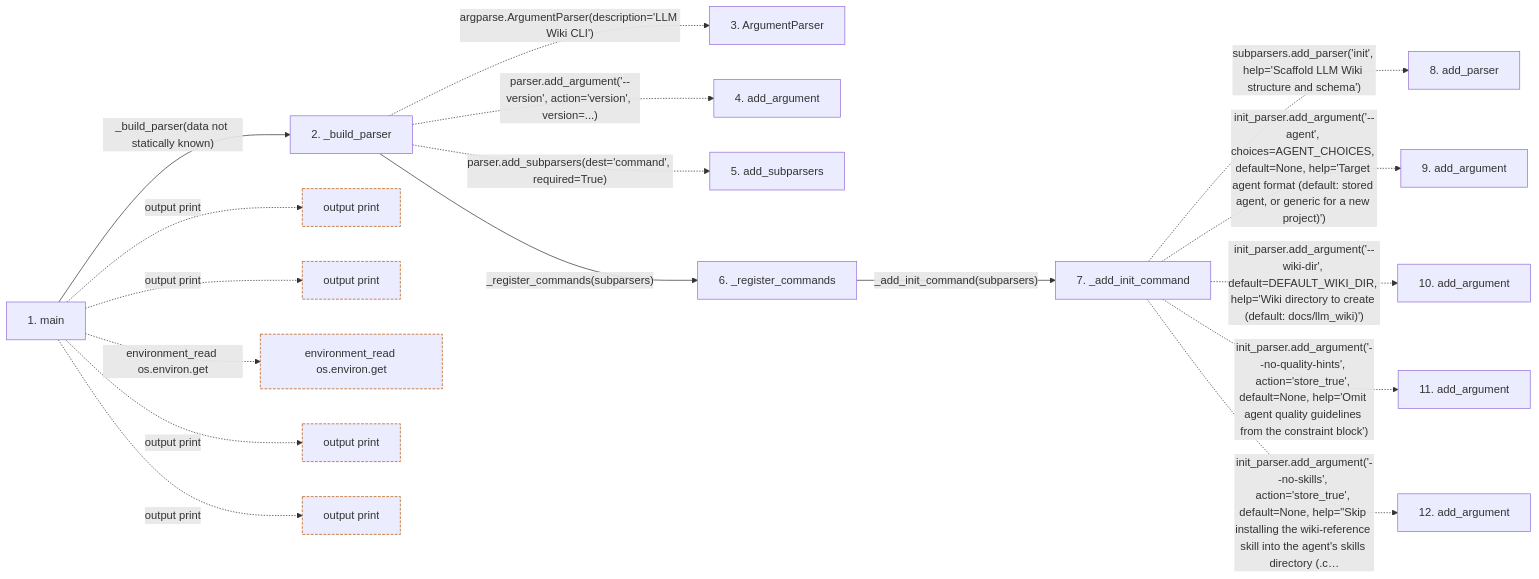
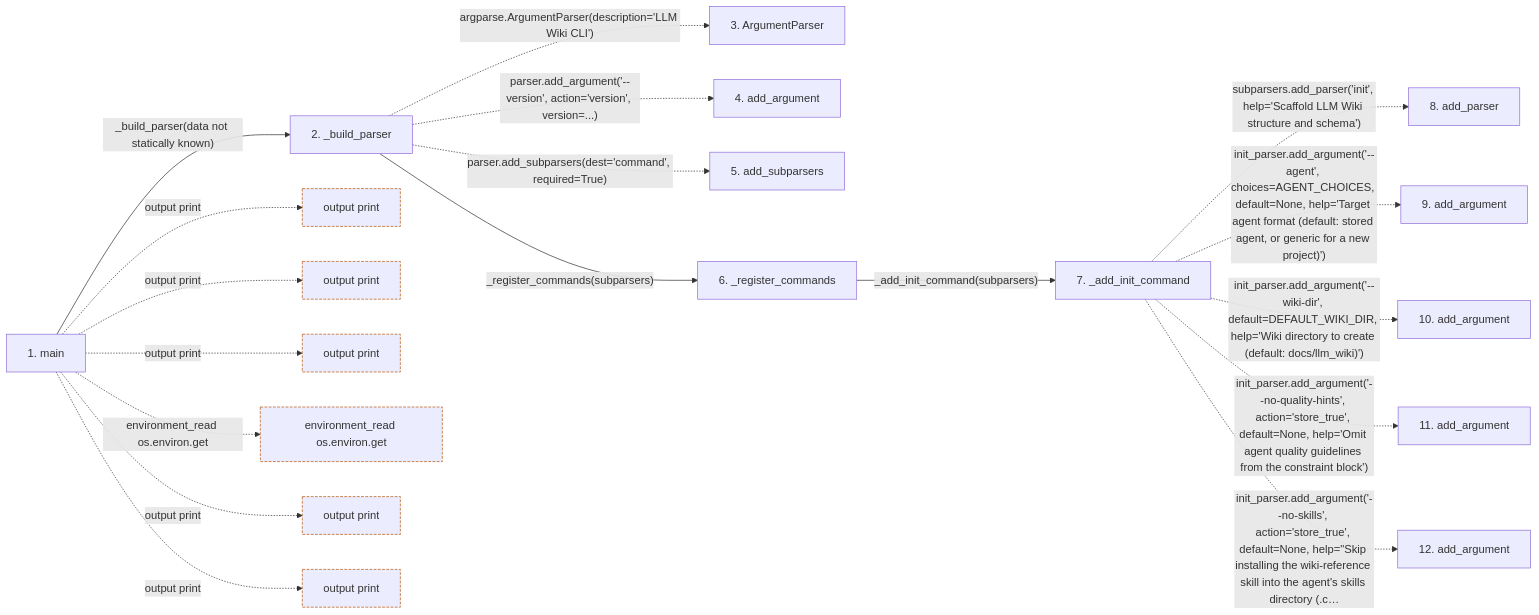
One commit to Denissvgn/python-wiki-llm changed the second of 2 diagrams in docs/llm_wiki/flows/process-llm-wiki.md. Above: the diagram before and after it, drawn with Mermaid. The commit also changed other lines of this file and 240 other files, not shown here.

````diff
--- a/docs/llm_wiki/flows/process-llm-wiki.md
+++ b/docs/llm_wiki/flows/process-llm-wiki.md
@@ -72,46 +74,49 @@
 ```mermaid
 flowchart LR
     s1["1. main"]
     s2["2. _build_parser"]
     s3["3. ArgumentParser"]
     s4["4. add_argument"]
     s5["5. add_subparsers"]
     s6["6. _register_commands"]
     s7["7. _add_init_command"]
     s8["8. add_parser"]
     s9["9. add_argument"]
     s10["10. add_argument"]
     s11["11. add_argument"]
     s12["12. add_argument"]
     s1 -->|"_build_parser(data not statically known)"| s2
     s2 -. "argparse.ArgumentParser(description='LLM Wiki CLI')" .-> s3
     s2 -. "parser.add_argument('--version', action='version', version=...)" .-> s4
     s2 -. "parser.add_subparsers(dest='command', required=True)" .-> s5
     s2 -->|"_register_commands(subparsers)"| s6
     s6 -->|"_add_init_command(subparsers)"| s7
     s7 -. "subparsers.add_parser('init', help='Scaffold LLM Wiki structure and schema')" .-> s8
     s7 -. "init_parser.add_argument('--agent', choices=AGENT_CHOICES, default=None, help='Target agent format (default: stored agent, or generic for a new project)')" .-> s9
     s7 -. "init_parser.add_argument('--wiki-dir', default=DEFAULT_WIKI_DIR, help='Wiki directory to create (default: docs/llm_wiki)')" .-> s10
     s7 -. "init_parser.add_argument('--no-quality-hints', action='store_true', default=None, help='Omit agent quality guidelines from the constraint block')" .-> s11
     s7 -. "init_parser.add_argument('--no-skills', action='store_true', default=None, help=#34;Skip installing the wiki-reference skill into the agent's skills directory (.c…" .-> s12
     b0["output print"]
     s1 -. "output print" .-> b0
     b1["output print"]
     s1 -. "output print" .-> b1
-    b2["environment_read os.environ.get"]
-    s1 -. "environment_read os.environ.get" .-> b2
-    b3["output print"]
-    s1 -. "output print" .-> b3
+    b2["output print"]
+    s1 -. "output print" .-> b2
+    b3["environment_read os.environ.get"]
+    s1 -. "environment_read os.environ.get" .-> b3
     b4["output print"]
     s1 -. "output print" .-> b4
+    b5["output print"]
+    s1 -. "output print" .-> b5
     click s1 "../modules/cli.md"
     click s2 "../modules/cli.md"
     click s6 "../modules/cli.md"
     click s7 "../modules/cli.md"
     classDef boundary stroke:#b45309,stroke-dasharray: 4 2
     class b0 boundary
     class b1 boundary
     class b2 boundary
     class b3 boundary
     class b4 boundary
+    class b5 boundary
 ```
````
